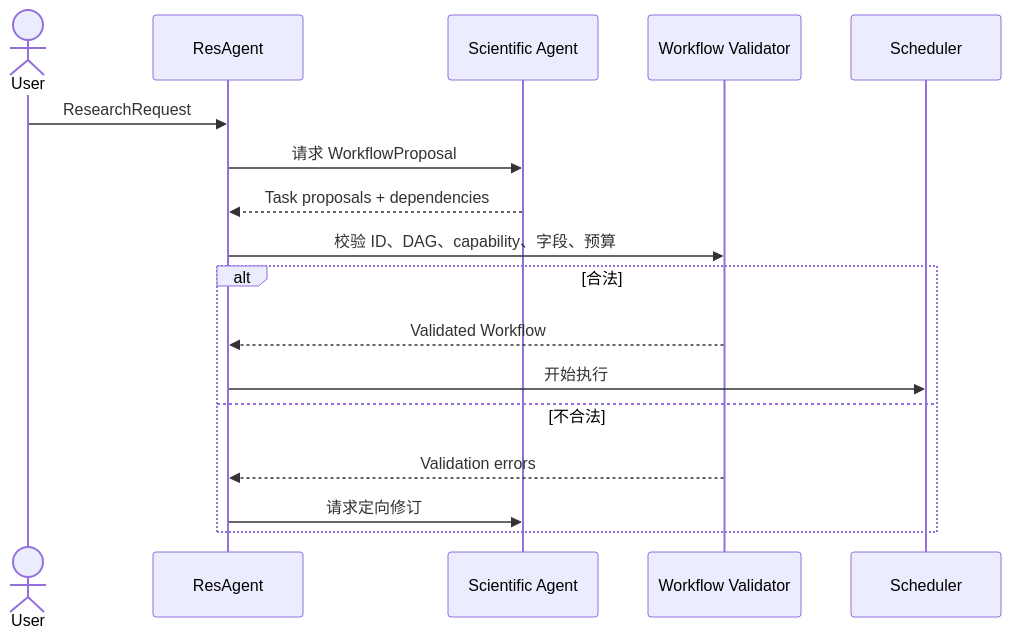
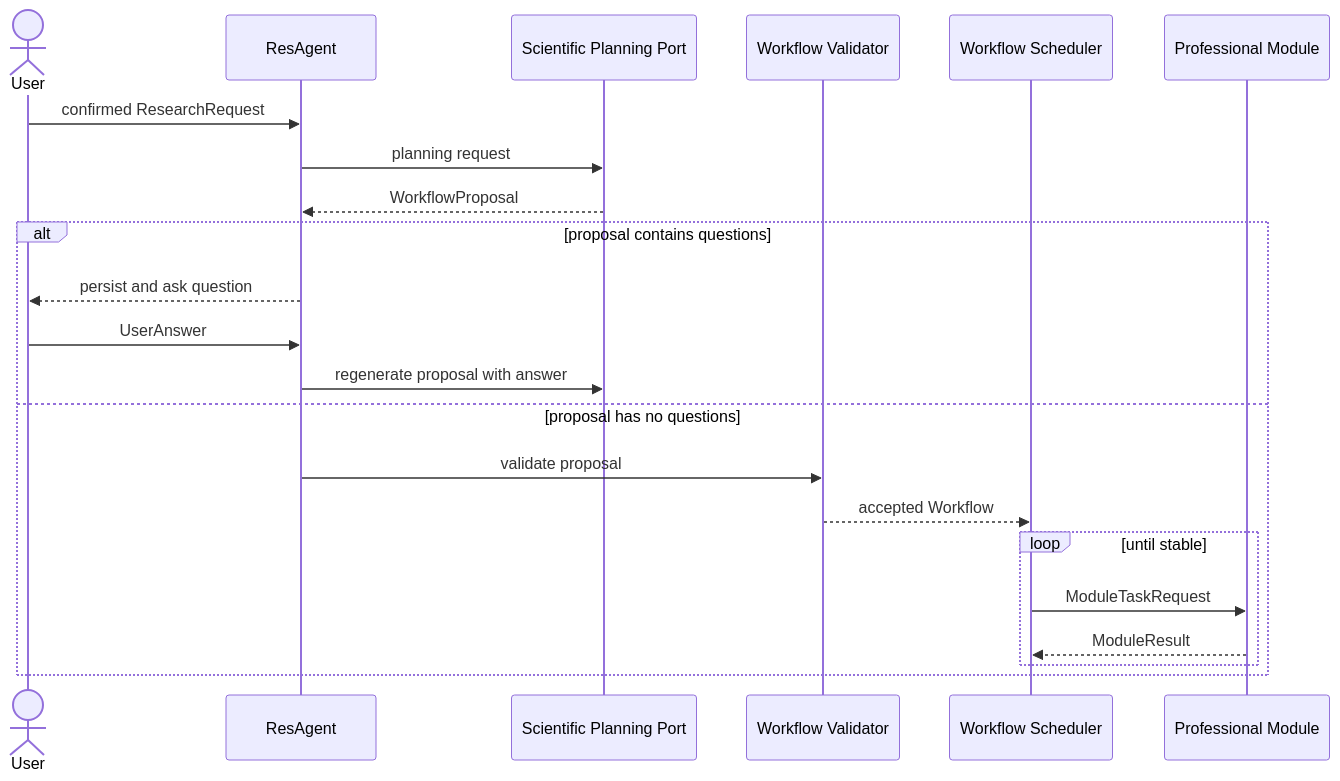
One commit to ylc123456789/ResAgent2 changed the second of 5 diagrams in docs/ARCHITECTURE.md. Above: the diagram before and after it, drawn with Mermaid. The commit also changed other lines of this file and 9 other files, not shown here.

````diff
--- a/docs/ARCHITECTURE.md
+++ b/docs/ARCHITECTURE.md
@@ -153,20 +195,25 @@
 ```mermaid
 sequenceDiagram
     actor User
     participant Res as ResAgent
-    participant Sci as Scientific Agent
-    participant Validator as Workflow Validator
-    participant Scheduler as Scheduler
+    participant Sci as Scientific Planning Port
+    participant Val as Workflow Validator
+    participant Sch as Workflow Scheduler
+    participant Mod as Professional Module
 
-    User->>Res: ResearchRequest
-    Res->>Sci: 请求 WorkflowProposal
-    Sci-->>Res: Task proposals + dependencies
-    Res->>Validator: 校验 ID、DAG、capability、字段、预算
-    alt 合法
-        Validator-->>Res: Validated Workflow
-        Res->>Scheduler: 开始执行
-    else 不合法
-        Validator-->>Res: Validation errors
-        Res->>Sci: 请求定向修订
+    User->>Res: confirmed ResearchRequest
+    Res->>Sci: planning request
+    Sci-->>Res: WorkflowProposal
+    alt proposal contains questions
+        Res-->>User: persist and ask question
+        User->>Res: UserAnswer
+        Res->>Sci: regenerate proposal with answer
+    else proposal has no questions
+        Res->>Val: validate proposal
+        Val-->>Sch: accepted Workflow
+        loop until stable
+            Sch->>Mod: ModuleTaskRequest
+            Mod-->>Sch: ModuleResult
+        end
     end
 ```
````
